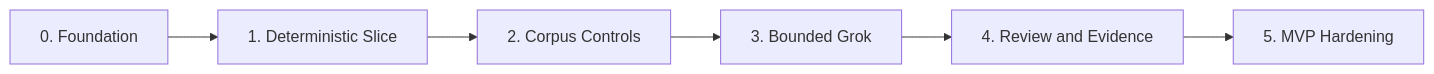
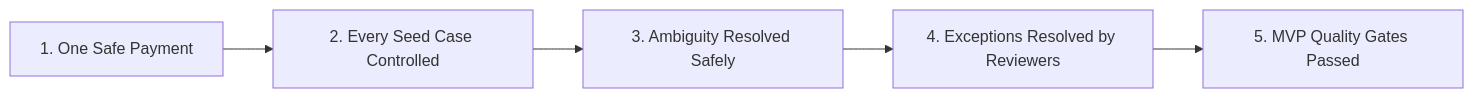
One commit to pragmatical/intellipay changed the diagram in docs/planning/implementation-plan.md. Above: the diagram before and after it, drawn with Mermaid. The commit also changed other lines of this file and 39 other files, not shown here.

````diff
--- a/docs/planning/implementation-plan.md
+++ b/docs/planning/implementation-plan.md
@@ -28,8 +30,7 @@
 ```mermaid
 flowchart LR
-    P0[0. Foundation] --> P1[1. Deterministic Slice]
-    P1 --> P2[2. Corpus Controls]
-    P2 --> P3[3. Bounded Grok]
-    P3 --> P4[4. Review and Evidence]
-    P4 --> P5[5. MVP Hardening]
+    S1[1. One Safe Payment] --> S2[2. Every Seed Case Controlled]
+    S2 --> S3[3. Ambiguity Resolved Safely]
+    S3 --> S4[4. Exceptions Resolved by Reviewers]
+    S4 --> S5[5. MVP Quality Gates Passed]
 ```
````
